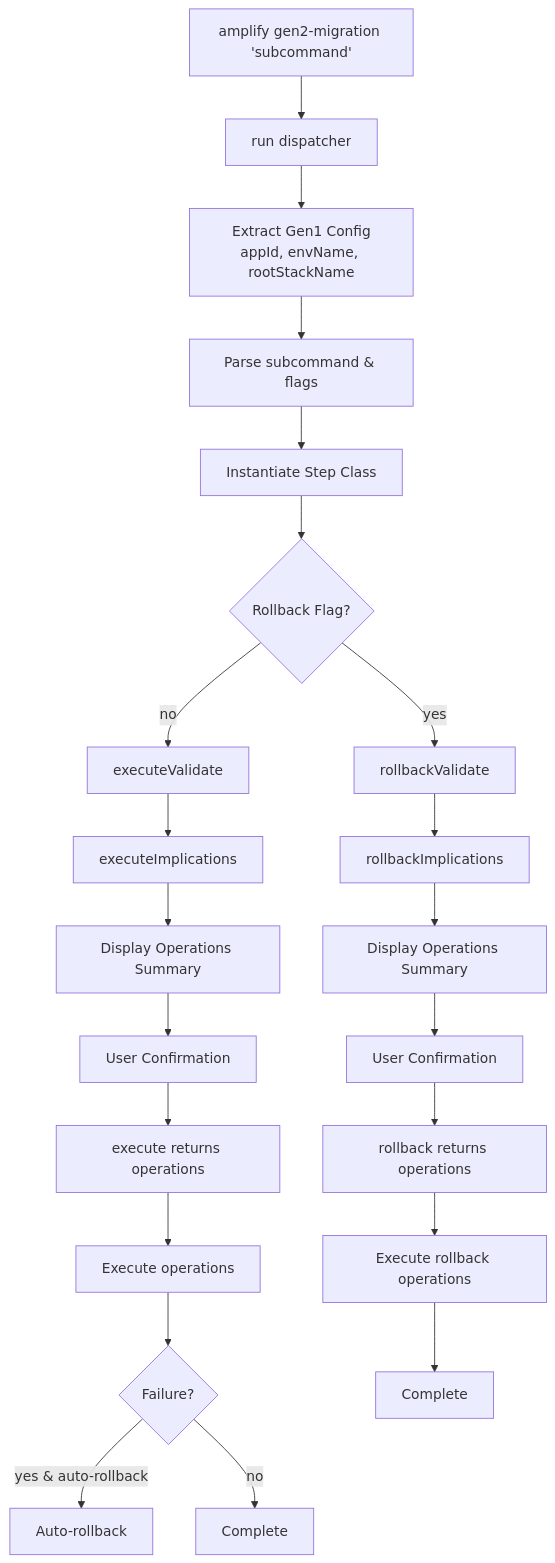
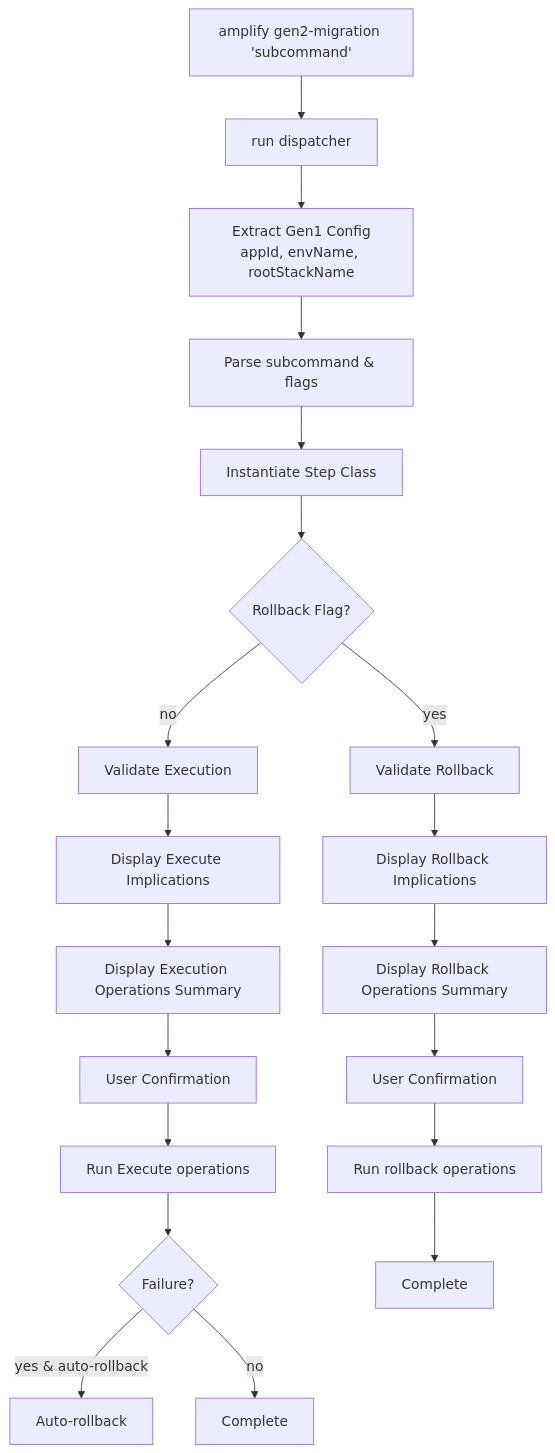
One commit to aws-amplify/amplify-cli changed the diagram in docs/amplify-cli/src/gen2-migration.md. Above: the diagram before and after it, drawn with Mermaid.

Commit message:
chore: mid work

````diff
--- a/docs/amplify-cli/src/gen2-migration.md
+++ b/docs/amplify-cli/src/gen2-migration.md
@@ -29,28 +29,27 @@
 ```mermaid
 flowchart TD
     CLI[amplify gen2-migration 'subcommand'] --> RUN[run dispatcher]
     RUN --> EXTRACT[Extract Gen1 Config<br/>appId, envName, rootStackName]
     EXTRACT --> PARSE[Parse subcommand & flags]
     
     PARSE --> STEP[Instantiate Step Class]
     
     STEP --> BRANCH{Rollback Flag?}
     
-    BRANCH -->|no| FV[executeValidate]
-    FV --> FIMP[executeImplications]
-    FIMP --> FSUM[Display Operations Summary]
+    BRANCH -->|no| FV[Validate Execution]
+    FV --> FIMP[Display Execute Implications]
+    FIMP --> FSUM[Display Execution Operations Summary]
     FSUM --> FCONF[User Confirmation]
-    FCONF --> FOPS[execute returns operations]
-    FOPS --> FEX[Execute operations]
+    FCONF --> FEX[Run Execute operations]
     FEX --> FERR{Failure?}
     FERR -->|yes & auto-rollback| RAR[Auto-rollback]
     FERR -->|no| FDONE[Complete]
     
-    BRANCH -->|yes| RV[rollbackValidate]
-    RV --> RIMP[rollbackImplications]
-    RIMP --> RSUM[Display Operations Summary]
+    BRANCH -->|yes| RV[Validate Rollback]
+    RV --> RIMP[Display Rollback Implications]
+    RIMP --> RSUM[Display Rollback Operations Summary]
     RSUM --> RCONF[User Confirmation]
-    RCONF --> ROPS[rollback returns operations]
-    ROPS --> REX[Execute rollback operations]
+
+    RCONF --> REX[Run rollback operations]
     REX --> RDONE[Complete]
 ```
````
